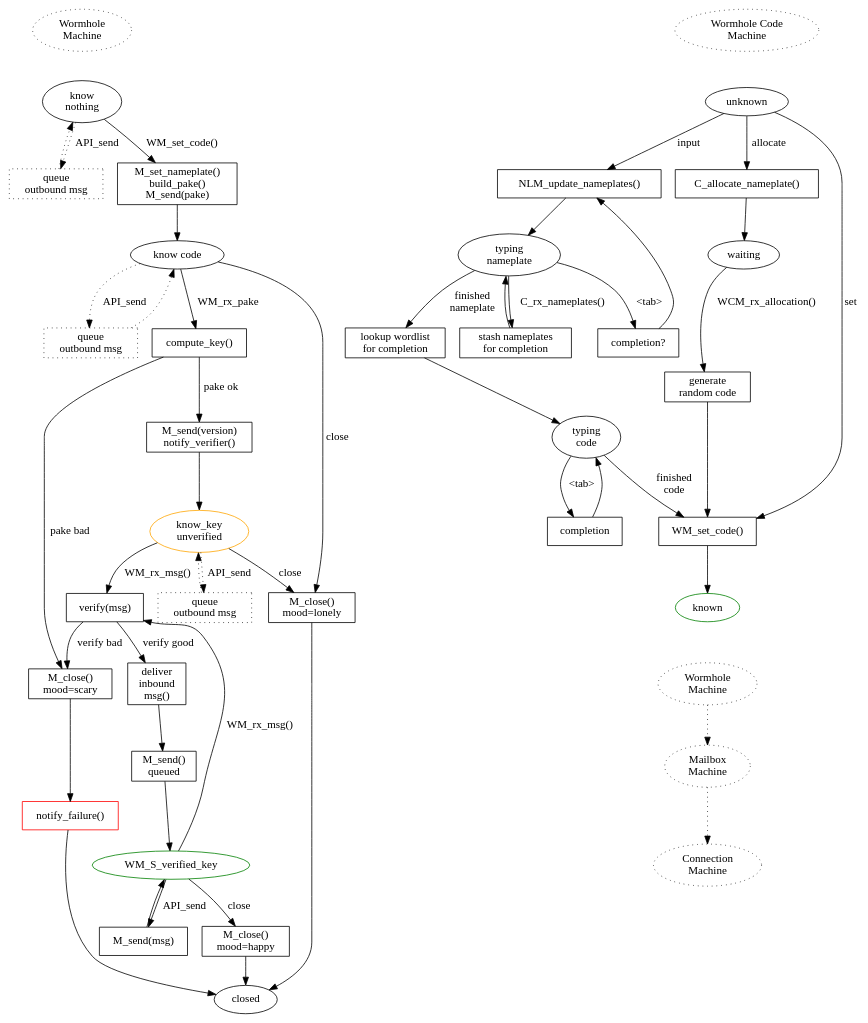
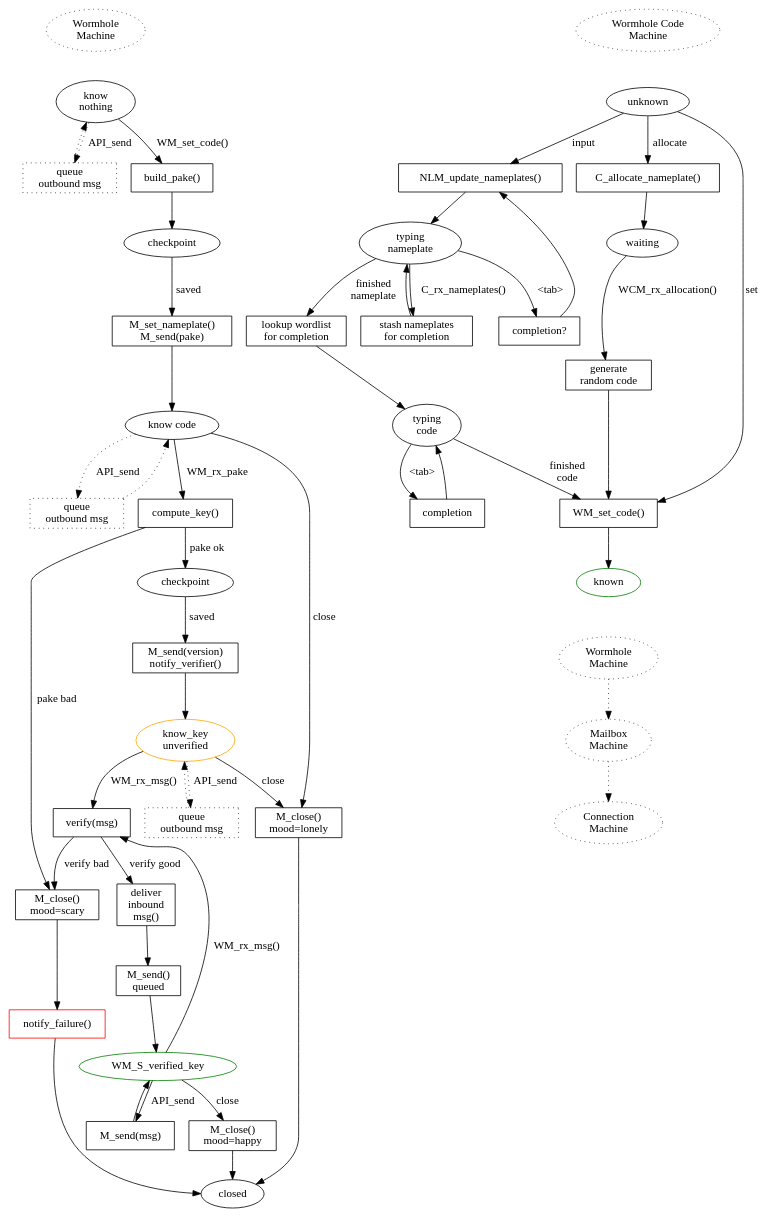
Before and after one commit to magic-wormhole/magic-wormhole: the diagram in docs/w.dot, drawn with Graphviz.

Commit message:
think about "checkpointing" as a state
with async exit when the checkpoint is finally written. Not sure this is the
best idea.

```diff
--- a/docs/w.dot
+++ b/docs/w.dot
@@ -15,10 +15,15 @@
         WM_S_nothing -> WM_P_queue1 [label="API_send" style="dotted"]
         WM_P_queue1 [shape="box" style="dotted" label="queue\noutbound msg"]
         WM_P_queue1 -> WM_S_nothing [style="dotted"]
-        WM_S_nothing -> WM_P_build_and_post_pake [label="WM_set_code()"]
+        WM_S_nothing -> WM_P_build_pake [label="WM_set_code()"]
 
-        WM_P_build_and_post_pake [label="M_set_nameplate()\nbuild_pake()\nM_send(pake)" shape="box"]
-        WM_P_build_and_post_pake -> WM_S_know_code
+        WM_P_build_pake [shape="box" label="build_pake()"]
+        WM_P_build_pake -> WM_S_save_pake
+        WM_S_save_pake [label="checkpoint"]
+        WM_S_save_pake -> WM_P_post_pake [label="saved"]
+
+        WM_P_post_pake [label="M_set_nameplate()\nM_send(pake)" shape="box"]
+        WM_P_post_pake -> WM_S_know_code
 
         WM_S_know_code [label="know code\n"]
         WM_S_know_code -> WM_P_queue2 [label="API_send" style="dotted"]
@@ -28,7 +33,9 @@
         WM_S_know_code -> WM_P_mood_lonely [label="close"]
 
         WM_P_compute_key [label="compute_key()" shape="box"]
-        WM_P_compute_key -> WM_P_post_version [label="pake ok"]
+        WM_P_compute_key -> WM_P_save_key [label="pake ok"]
+        WM_P_save_key [label="checkpoint"]
+        WM_P_save_key -> WM_P_post_version [label="saved"]
         WM_P_compute_key -> WM_P_mood_scary [label="pake bad"]
 
         WM_P_mood_scary [shape="box" label="M_close()\nmood=scary"]
```
